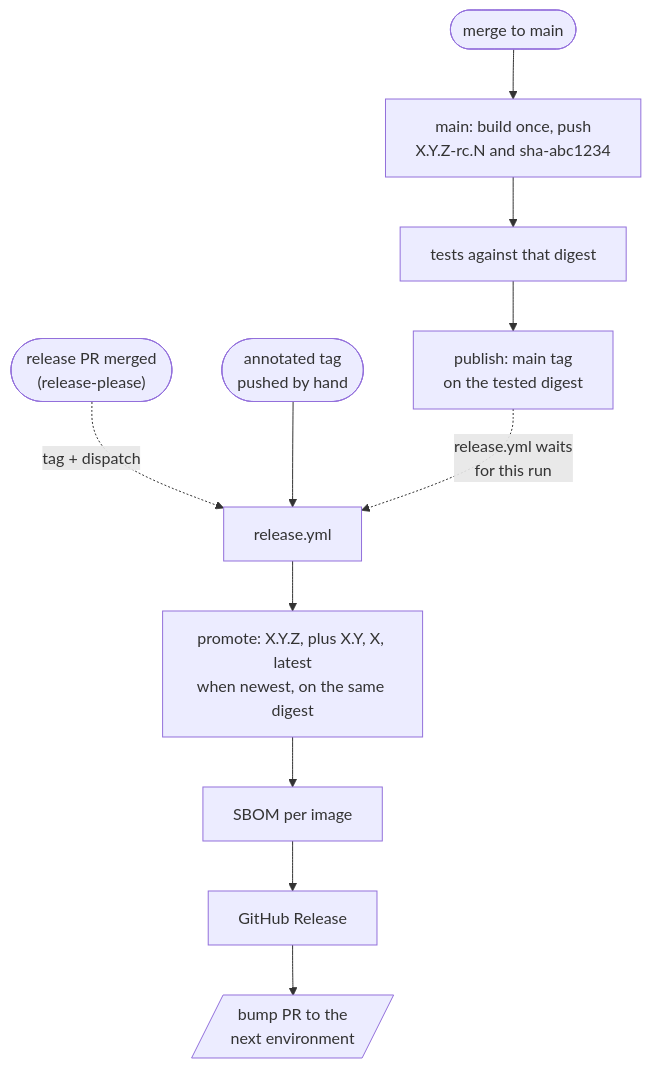
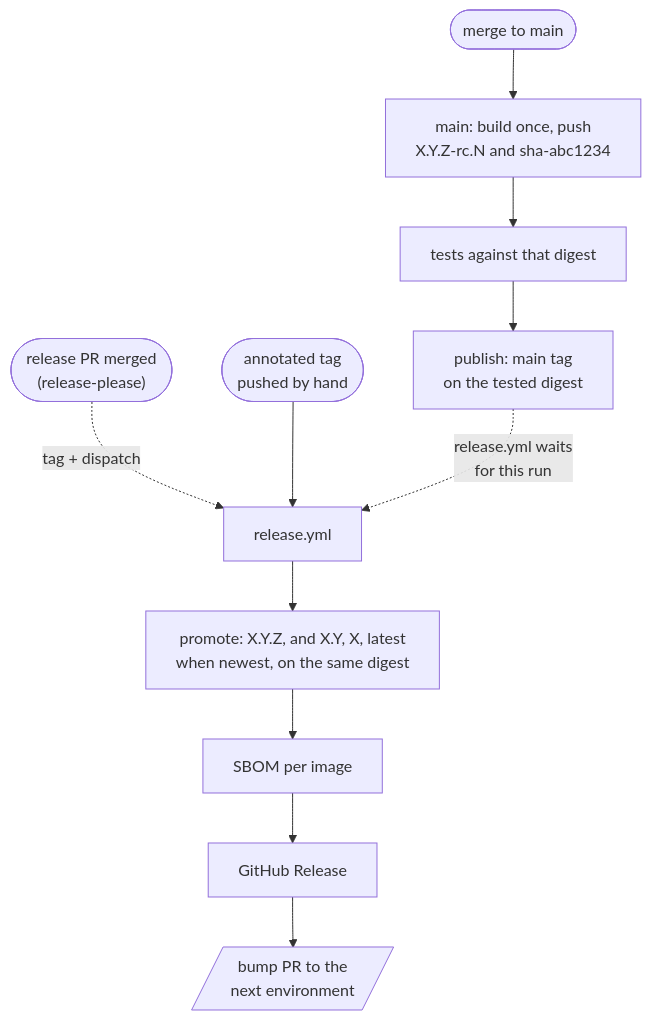
Before and after one commit to crazymatthsu/github-demo: the diagram in .claude/skills/gha-versioning-release/references/release-flow.md, drawn with Mermaid. The commit also changed 4 other files, not shown here.

````diff
--- a/.claude/skills/gha-versioning-release/references/release-flow.md
+++ b/.claude/skills/gha-versioning-release/references/release-flow.md
@@ -12,13 +12,14 @@
 ```mermaid
+%%{init: {"flowchart": {"wrappingWidth": 320}}}%%
 flowchart TD
   M(["merge to main"]) --> B["main: build once, push<br/>X.Y.Z-rc.N and sha-abc1234"]
   B --> T["tests against that digest"]
   T --> P["publish: main tag<br/>on the tested digest"]
   RP(["release PR merged<br/>(release-please)"]) -.->|"tag + dispatch"| R
   H(["annotated tag<br/>pushed by hand"]) --> R["release.yml"]
   P -.->|"release.yml waits<br/>for this run"| R
-  R --> PR2["promote: X.Y.Z, plus X.Y, X, latest<br/>when newest, on the same digest"]
+  R --> PR2["promote: X.Y.Z, and X.Y, X, latest<br/>when newest, on the same digest"]
   PR2 --> S["SBOM per image"]
   S --> G["GitHub Release"]
   G --> BP[/"bump PR to the<br/>next environment"/]
 ```
````
